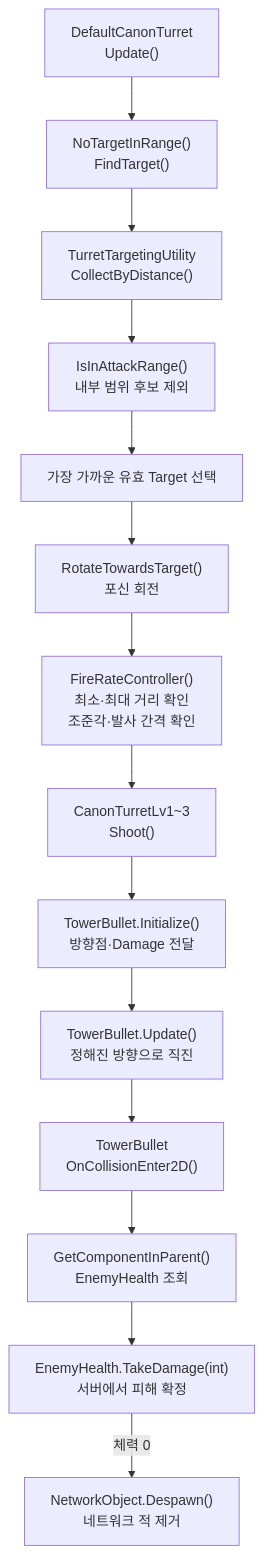
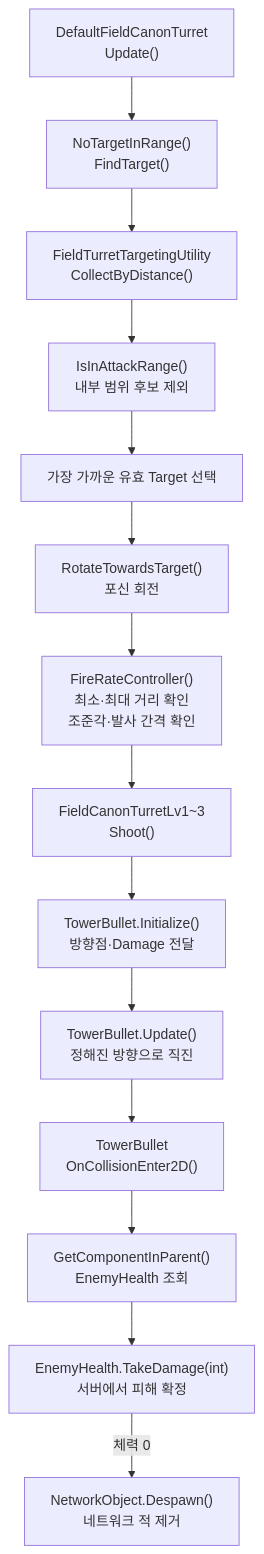
One commit to Team-HJD-21/unity-6-the-developer changed the ninth of 17 diagrams in Docs/architecture/turret-system-guide.md. Above: the diagram before and after it, drawn with Mermaid. The commit also changed other lines of this file and 12 other files, not shown here.

Commit message:
docs(field-turret): update names and migration guide

````diff
--- a/Docs/architecture/turret-system-guide.md
+++ b/Docs/architecture/turret-system-guide.md
@@ -417,16 +419,16 @@
 ```mermaid
 flowchart TD
-    Update["DefaultCanonTurret<br>Update()"] --> Search["NoTargetInRange()<br>FindTarget()"]
-    Search --> Collect["TurretTargetingUtility<br>CollectByDistance()"]
+    Update["DefaultFieldCanonTurret<br>Update()"] --> Search["NoTargetInRange()<br>FindTarget()"]
+    Search --> Collect["FieldTurretTargetingUtility<br>CollectByDistance()"]
     Collect --> RangeCheck["IsInAttackRange()<br>내부 범위 후보 제외"]
     RangeCheck --> Target["가장 가까운 유효 Target 선택"]
     Target --> Rotate["RotateTowardsTarget()<br>포신 회전"]
     Rotate --> Fire["FireRateController()<br>최소·최대 거리 확인<br>조준각·발사 간격 확인"]
-    Fire --> Shoot["CanonTurretLv1~3<br>Shoot()"]
+    Fire --> Shoot["FieldCanonTurretLv1~3<br>Shoot()"]
     Shoot --> Init["TowerBullet.Initialize()<br>방향점·Damage 전달"]
     Init --> Move["TowerBullet.Update()<br>정해진 방향으로 직진"]
     Move --> Collision["TowerBullet<br>OnCollisionEnter2D()"]
     Collision --> Health["GetComponentInParent()<br>EnemyHealth 조회"]
     Health --> Damage["EnemyHealth.TakeDamage(int)<br>서버에서 피해 확정"]
     Damage -->|체력 0| Die["NetworkObject.Despawn()<br>네트워크 적 제거"]
 ```
````
